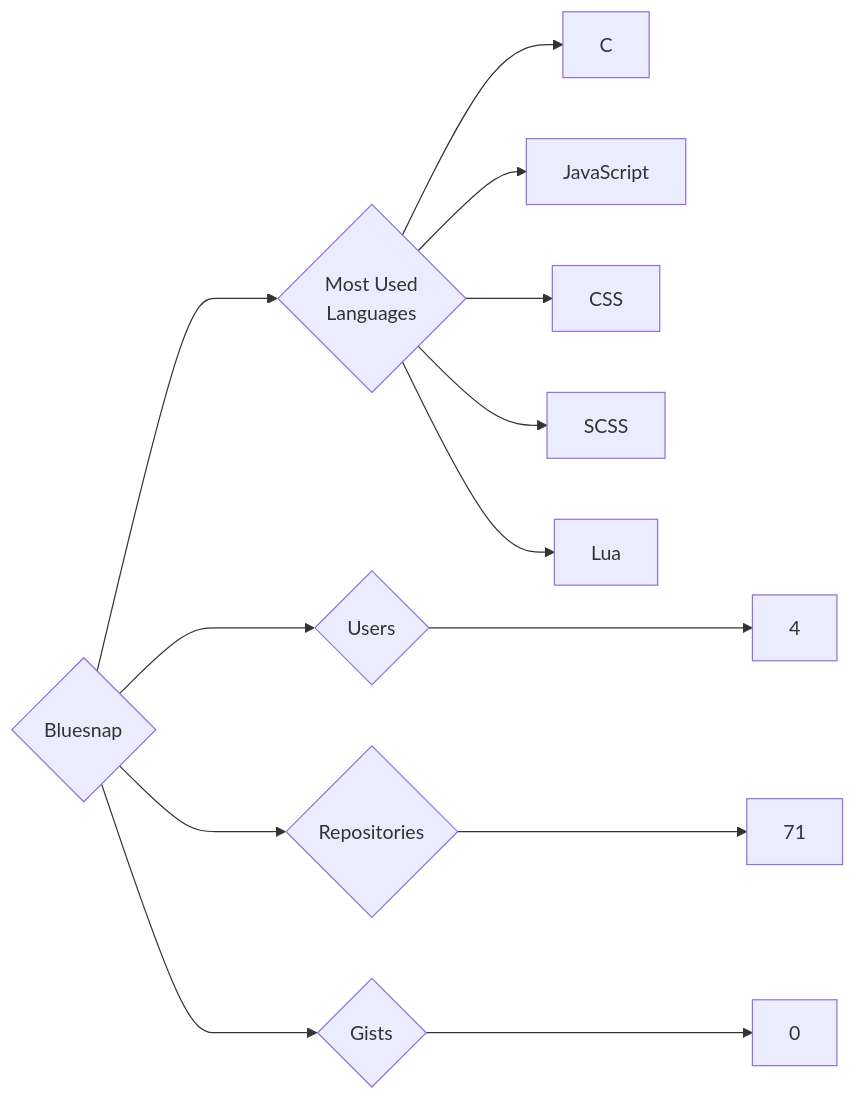
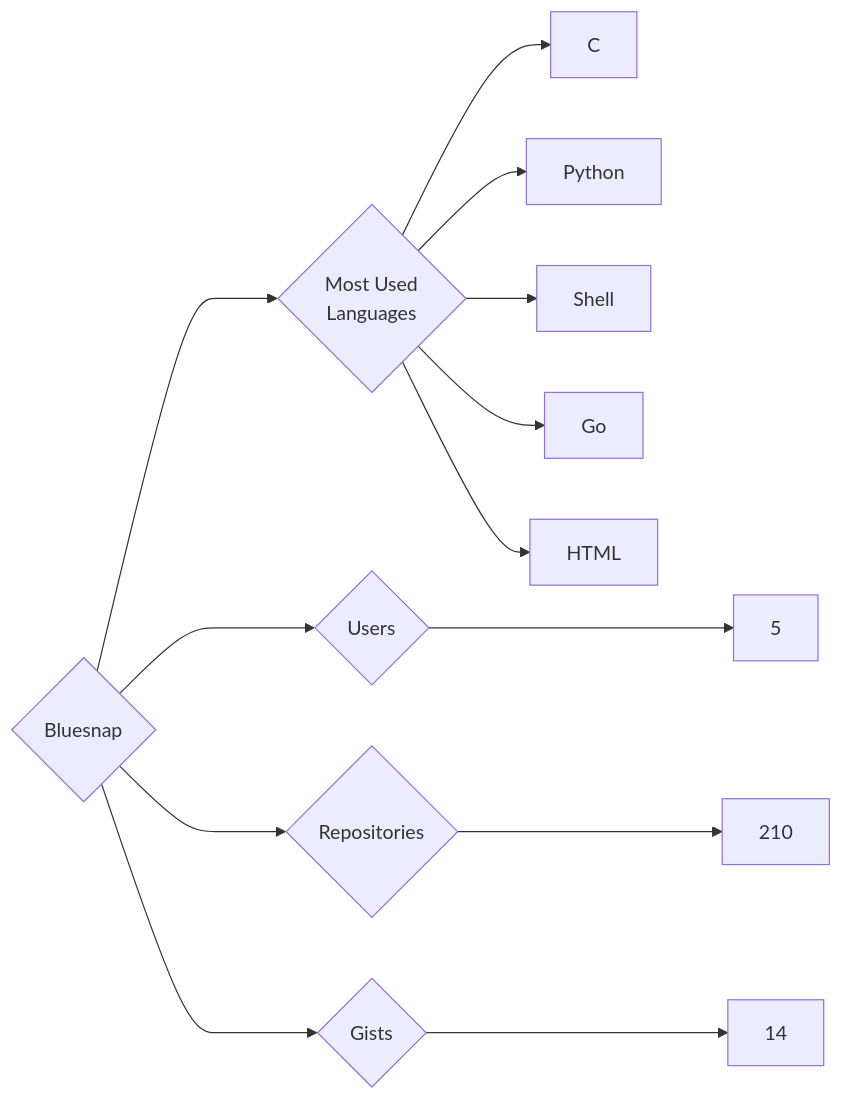
Before and after one commit to trickest/insiders: the diagram in targets/Bluesnap/README.md, drawn with Mermaid. The commit also changed 899 other files, not shown here.

````diff
--- a/targets/Bluesnap/README.md
+++ b/targets/Bluesnap/README.md
@@ -3,13 +3,13 @@
 ```mermaid
 graph LR
 COMPANY_NAME{Bluesnap}
-COMPANY_NAME ---> U{Users} ---> UN[4]
-COMPANY_NAME ---> R{Repositories} ---> RN[71]
-COMPANY_NAME ---> G{Gists} ---> GN[0]
+COMPANY_NAME ---> U{Users} ---> UN[5]
+COMPANY_NAME ---> R{Repositories} ---> RN[210]
+COMPANY_NAME ---> G{Gists} ---> GN[14]
 COMPANY_NAME ---> ML{Most Used<br>Languages}
 ML --> C[C]
-ML --> JavaScript[JavaScript]
-ML --> CSS[CSS]
-ML --> SCSS[SCSS]
-ML --> Lua[Lua]
+ML --> Python[Python]
+ML --> Shell[Shell]
+ML --> Go[Go]
+ML --> HTML[HTML]
 ```
````
